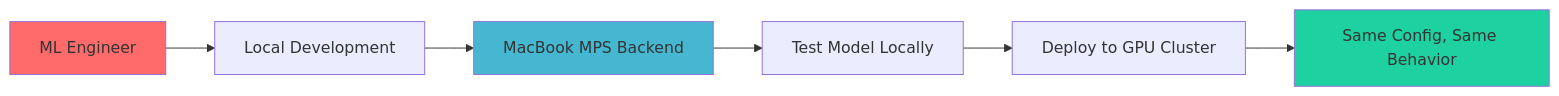
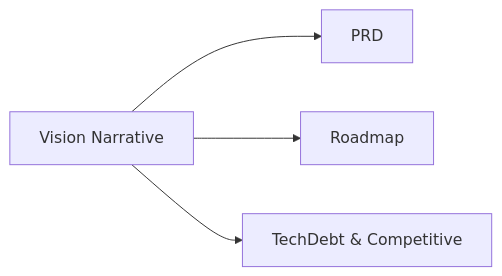
Before and after one commit to vjsingh1984/inferflux: the diagram in docs/VISION.md, drawn with Mermaid. The commit also changed other lines of this file and 161 other files, not shown here.

````diff
--- a/docs/VISION.md
+++ b/docs/VISION.md
@@ -317,12 +5,6 @@
 ```mermaid
 flowchart LR
-    A[ML Engineer] --> B[Local Development]
-    B --> C[MacBook MPS Backend]
-    C --> D[Test Model Locally]
-    D --> E[Deploy to GPU Cluster]
-    E --> F[Same Config, Same Behavior]
-
-    style A fill:#ff6b6b
-    style C fill:#45b7d1
-    style F fill:#1dd1a1
+    A[Vision Narrative] --> B[PRD]
+    A --> C[Roadmap]
+    A --> D[TechDebt & Competitive]
 ```
````
